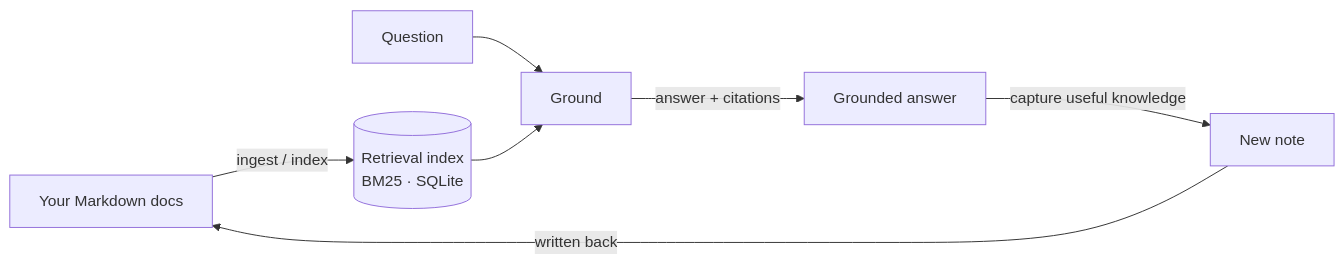
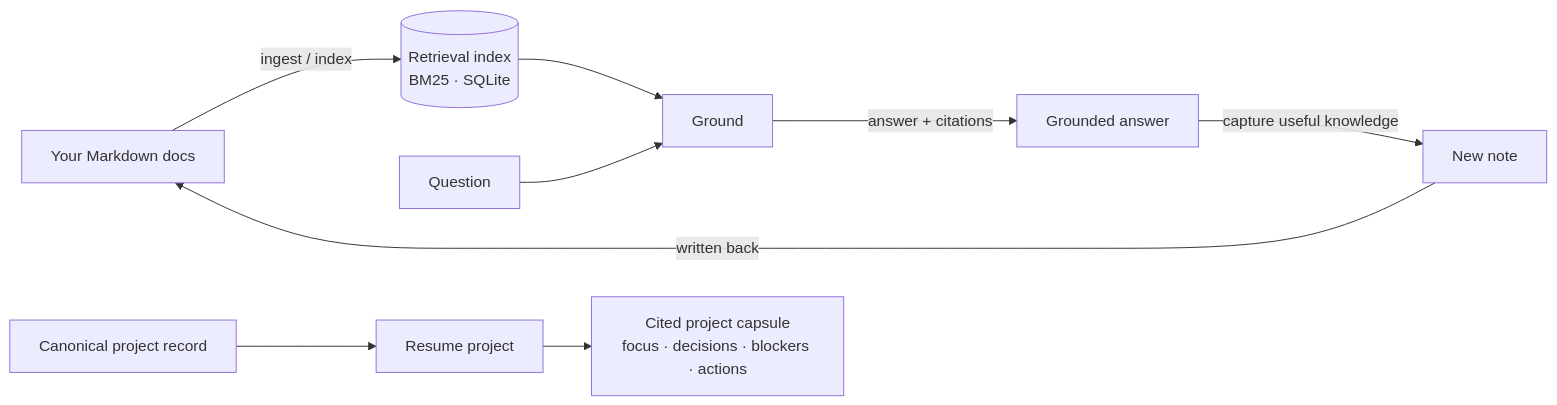
Before and after one commit to dimosgit/grounded-knowledge-engine: the first of 2 diagrams in docs/architecture.md, drawn with Mermaid. The commit also changed other lines of this file and 14 other files, not shown here.

````diff
--- a/docs/architecture.md
+++ b/docs/architecture.md
@@ -13,9 +18,11 @@
 ```mermaid
 flowchart LR
     DOCS[Your Markdown docs] -->|ingest / index| IDX[(Retrieval index<br/>BM25 · SQLite)]
     Q[Question] --> GROUND[Ground]
     IDX --> GROUND
     GROUND -->|answer + citations| ANS[Grounded answer]
     ANS -->|capture useful knowledge| NOTE[New note]
     NOTE -->|written back| DOCS
+    PROJECT[Canonical project record] --> RESUME[Resume project]
+    RESUME --> CAPSULE[Cited project capsule<br/>focus · decisions · blockers · actions]
 ```
````
